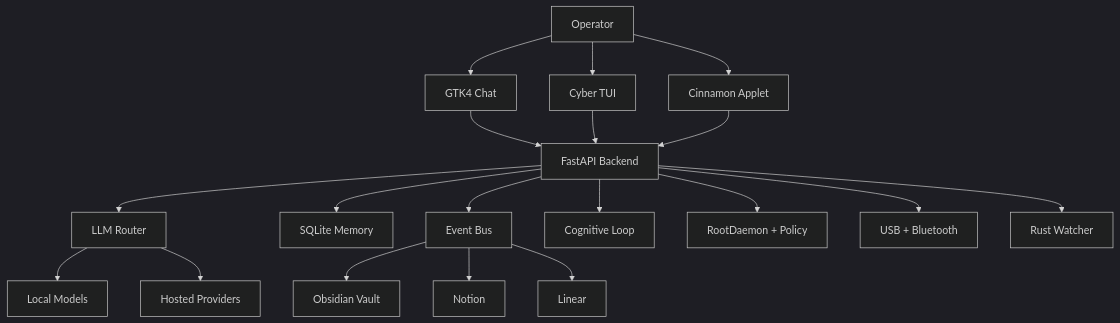
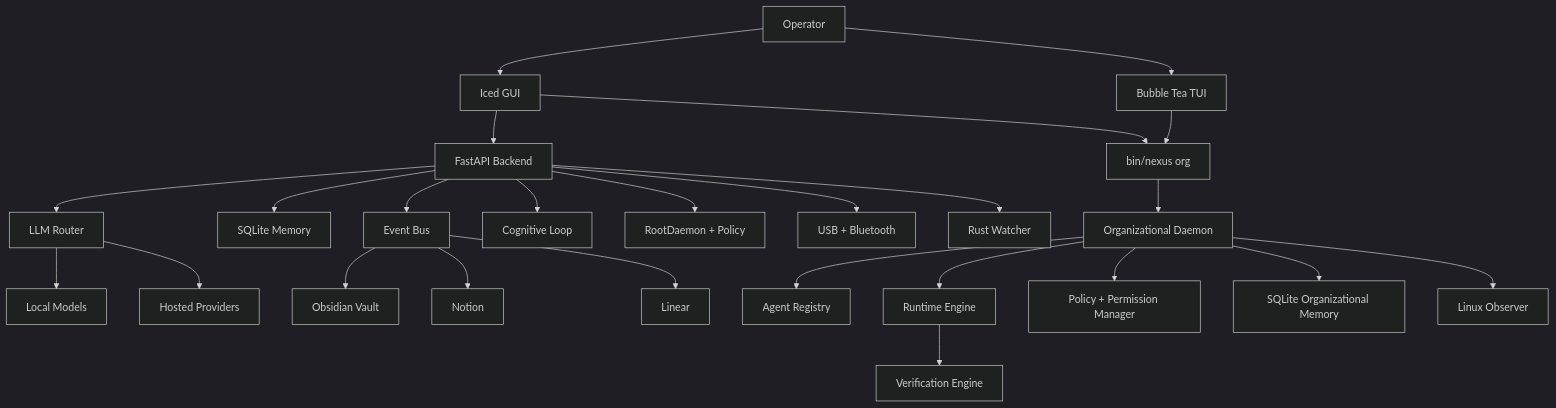
One commit to zeusinfra/NEXUS changed the diagram in README.md. Above: the diagram before and after it, drawn with Mermaid (dark theme). The commit also changed other lines of this file and 99 other files, not shown here.

Commit message:
feat: add organizational runtime and operator docs

````diff
--- a/README.md
+++ b/README.md
@@ -121,24 +186,30 @@
 ```mermaid
 flowchart TD
-    Operator[Operator] --> GTK[GTK4 Chat]
-    Operator --> TUI[Cyber TUI]
-    Operator --> Applet[Cinnamon Applet]
+    Operator[Operator] --> Iced[Iced GUI]
+    Operator --> TUI[Bubble Tea TUI]
 
-    GTK --> API[FastAPI Backend]
-    TUI --> API
-    Applet --> API
+    Iced --> API[FastAPI Backend]
+    Iced --> OrgCLI[bin/nexus org]
+    TUI --> OrgCLI
 
     API --> LLM[LLM Router]
     API --> Memory[SQLite Memory]
     API --> Events[Event Bus]
     API --> Cognition[Cognitive Loop]
     API --> Security[RootDaemon + Policy]
     API --> Peripherals[USB + Bluetooth]
     API --> Watcher[Rust Watcher]
+    OrgCLI --> OrgDaemon[Organizational Daemon]
+    OrgDaemon --> Agents[Agent Registry]
+    OrgDaemon --> Runtime[Runtime Engine]
+    OrgDaemon --> Policy[Policy + Permission Manager]
+    OrgDaemon --> OrgMemory[SQLite Organizational Memory]
+    OrgDaemon --> Observer[Linux Observer]
+    Runtime --> Verify[Verification Engine]
 
     Events --> Obsidian[Obsidian Vault]
     Events --> Notion[Notion]
     Events --> Linear[Linear]
     LLM --> Local[Local Models]
     LLM --> Hosted[Hosted Providers]
 ```
````
